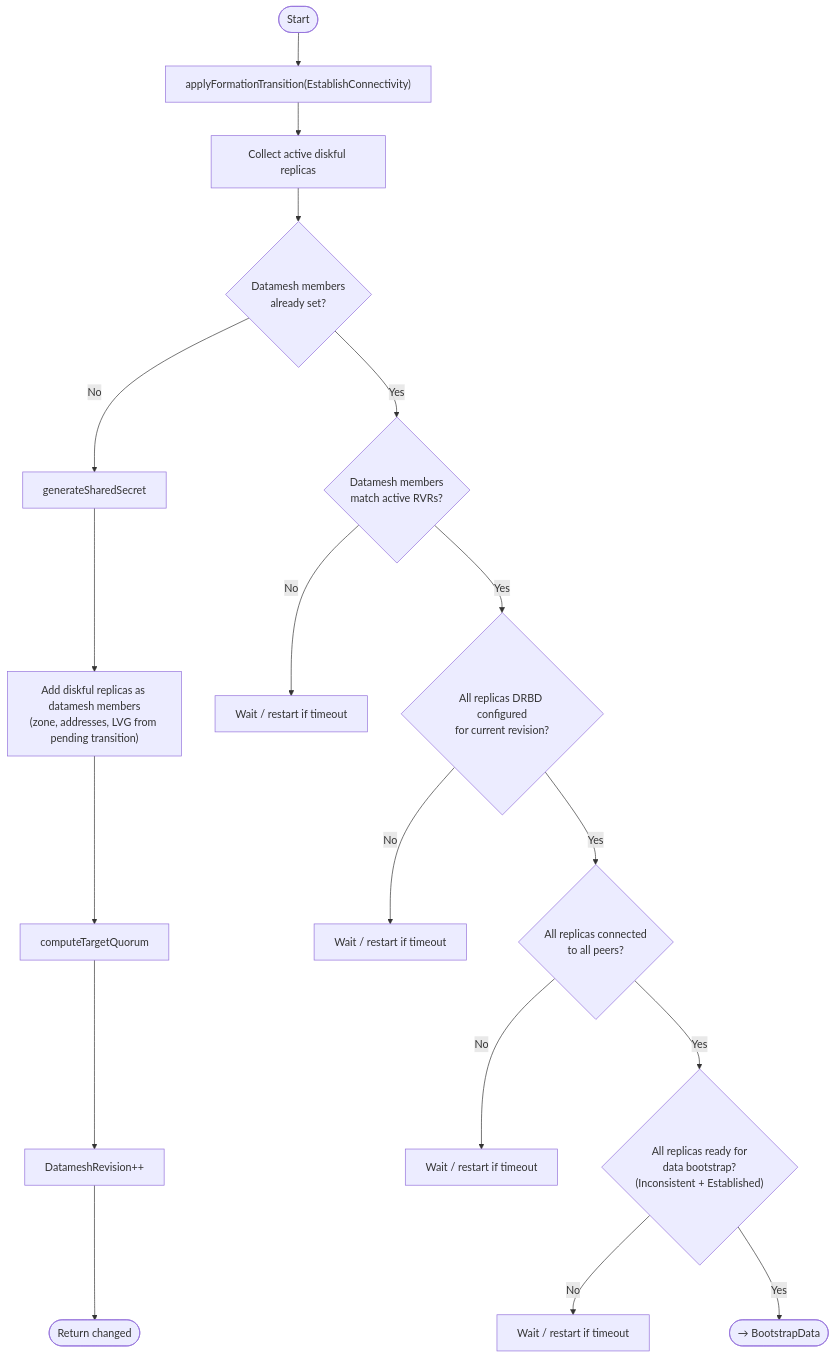
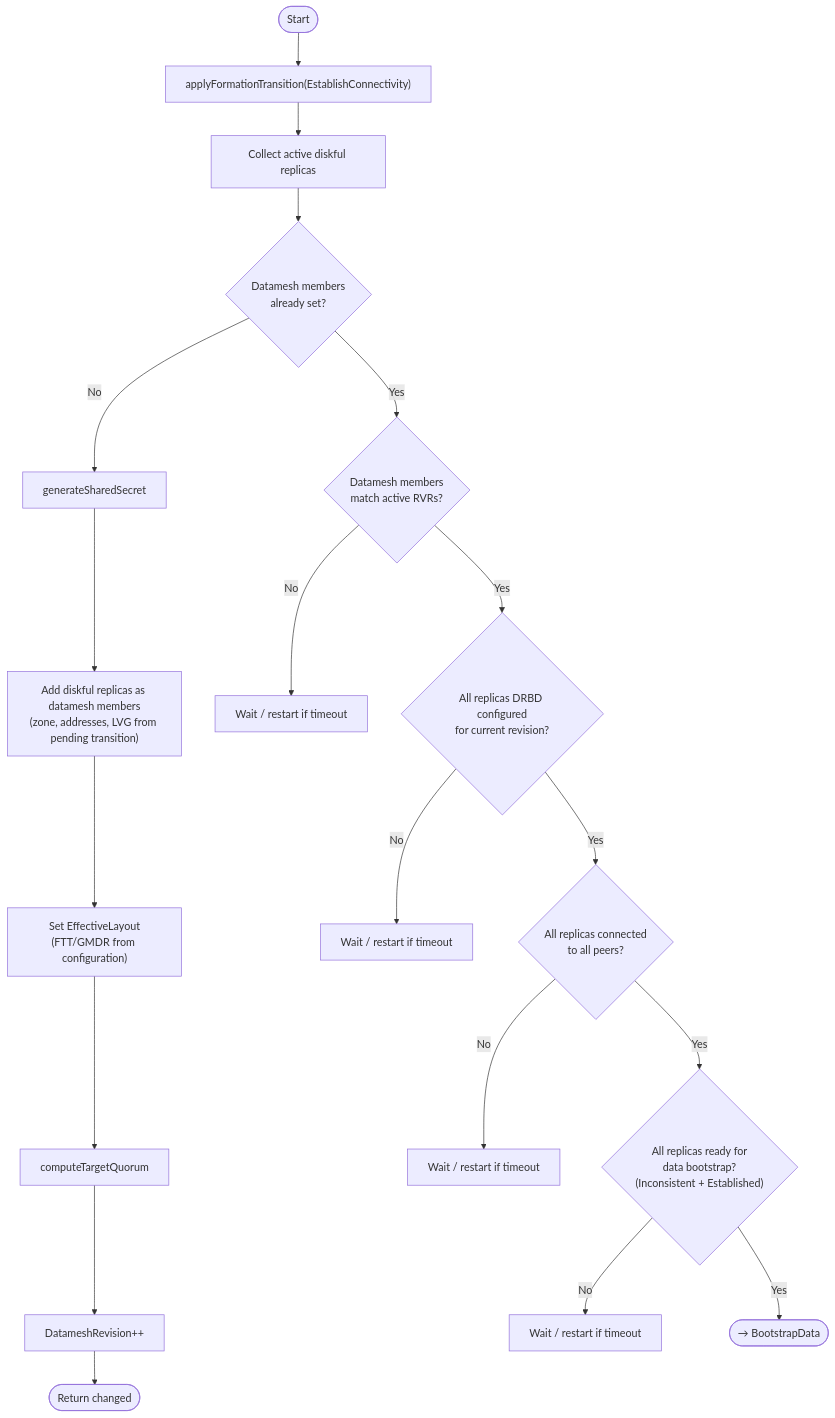
The sixth of 13 diagrams in images/controller/internal/controllers/rv_controller/README.md (deckhouse/sds-replicated-volume), drawn with Mermaid before and after one commit. The commit also changed other lines of this file and 5 other files, not shown here.

First line of the commit message:
[api] Add EffectiveLayout to ReplicatedVolumeStatus

````diff
--- a/images/controller/internal/controllers/rv_controller/README.md
+++ b/images/controller/internal/controllers/rv_controller/README.md
@@ -560,26 +560,27 @@
 ```mermaid
 flowchart TD
     Start([Start]) --> ApplyTransition["applyFormationTransition(EstablishConnectivity)"]
     ApplyTransition --> CollectDiskful[Collect active diskful replicas]
 
     CollectDiskful --> CheckMembers{Datamesh members<br/>already set?}
     CheckMembers -->|No| GenSecret[generateSharedSecret]
     GenSecret --> AddMembers["Add diskful replicas as datamesh members<br/>(zone, addresses, LVG from pending transition)"]
-    AddMembers --> SetQuorum[computeTargetQuorum]
+    AddMembers --> SetEL["Set EffectiveLayout<br/>(FTT/GMDR from configuration)"]
+    SetEL --> SetQuorum[computeTargetQuorum]
     SetQuorum --> IncrRevision["DatameshRevision++"]
     IncrRevision --> ReturnChanged([Return changed])
 
     CheckMembers -->|Yes| VerifyMembers{"Datamesh members<br/>match active RVRs?"}
     VerifyMembers -->|No| WaitRestart1[Wait / restart if timeout]
 
     VerifyMembers -->|Yes| CheckConfigured{"All replicas DRBD configured<br/>for current revision?"}
     CheckConfigured -->|No| WaitRestart2[Wait / restart if timeout]
 
     CheckConfigured -->|Yes| CheckConnected{"All replicas connected<br/>to all peers?"}
     CheckConnected -->|No| WaitRestart3[Wait / restart if timeout]
 
     CheckConnected -->|Yes| CheckBootstrapReady{"All replicas ready for<br/>data bootstrap?<br/>(Inconsistent + Established)"}
     CheckBootstrapReady -->|No| WaitRestart4[Wait / restart if timeout]
 
     CheckBootstrapReady -->|Yes| NextPhase([→ BootstrapData])
 ```
````
